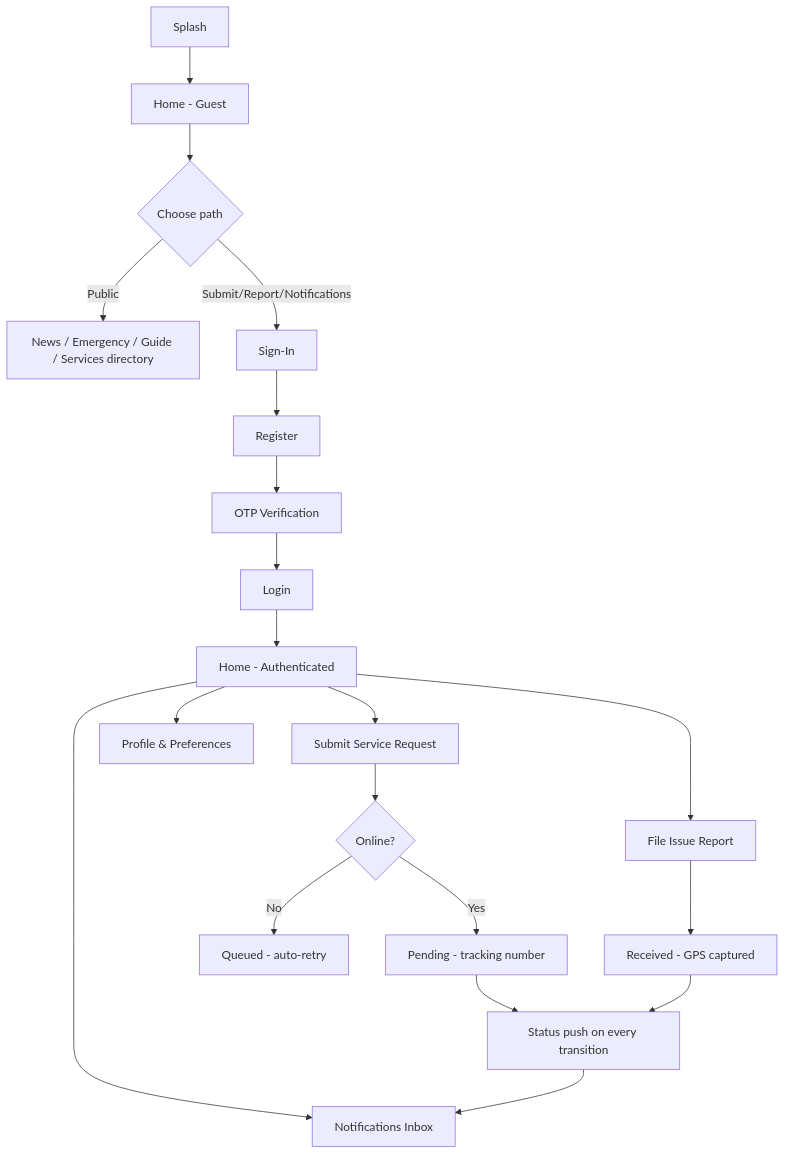
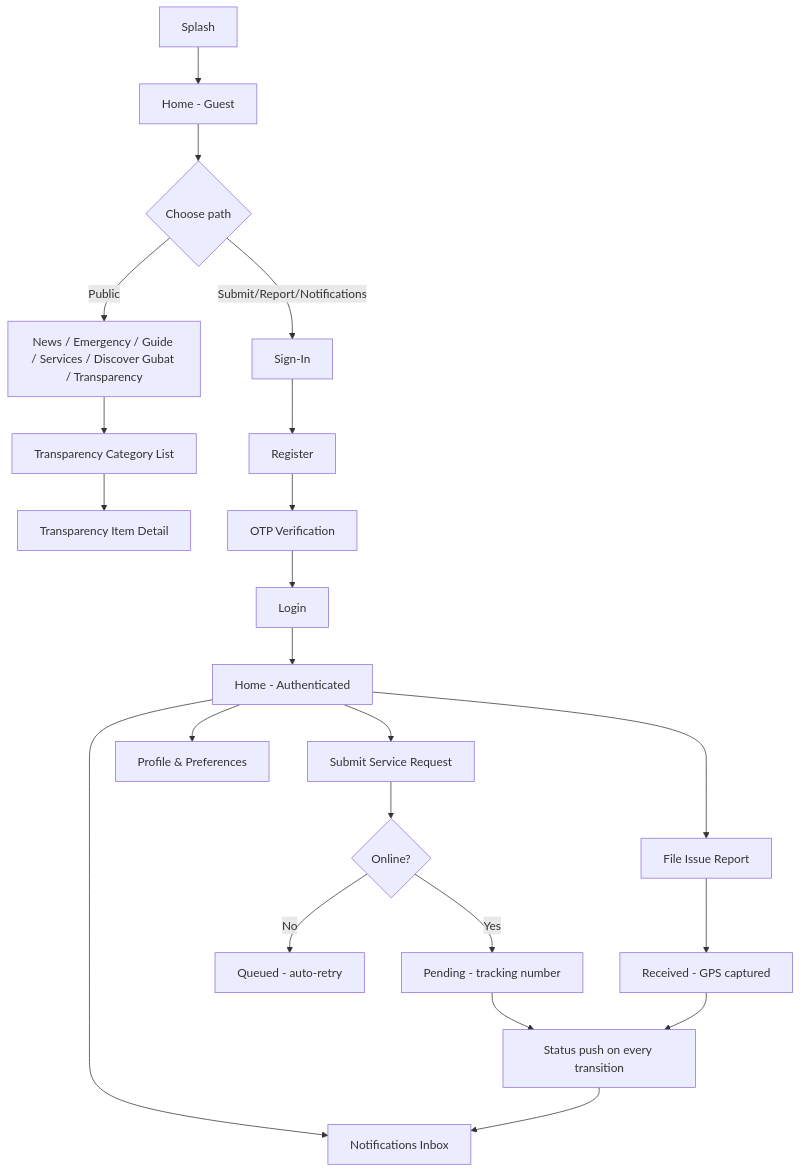
The diagram in docs/igubat_mobile_app.md (Roo0nnie/igubat), drawn with Mermaid before and after one commit. The commit also changed other lines of this file and 64 other files, not shown here.

````diff
--- a/docs/igubat_mobile_app.md
+++ b/docs/igubat_mobile_app.md
@@ -209,22 +213,24 @@
 ```mermaid
 flowchart TD
     A[Splash] --> B[Home - Guest]
     B --> C{Choose path}
-    C -->|Public| D[News / Emergency / Guide / Services directory]
+    C -->|Public| D[News / Emergency / Guide / Services / Discover Gubat / Transparency]
+    D --> D1[Transparency Category List]
+    D1 --> D2[Transparency Item Detail]
     C -->|Submit/Report/Notifications| E[Sign-In]
     E --> F[Register]
     F --> G[OTP Verification]
     G --> H[Login]
     H --> I[Home - Authenticated]
     I --> J[Submit Service Request]
     I --> K[File Issue Report]
     I --> L[Notifications Inbox]
     I --> M[Profile & Preferences]
     J --> N{Online?}
     N -->|Yes| O[Pending - tracking number]
     N -->|No| P[Queued - auto-retry]
     K --> Q[Received - GPS captured]
     O --> R[Status push on every transition]
     Q --> R
     R --> L
 ```
````
